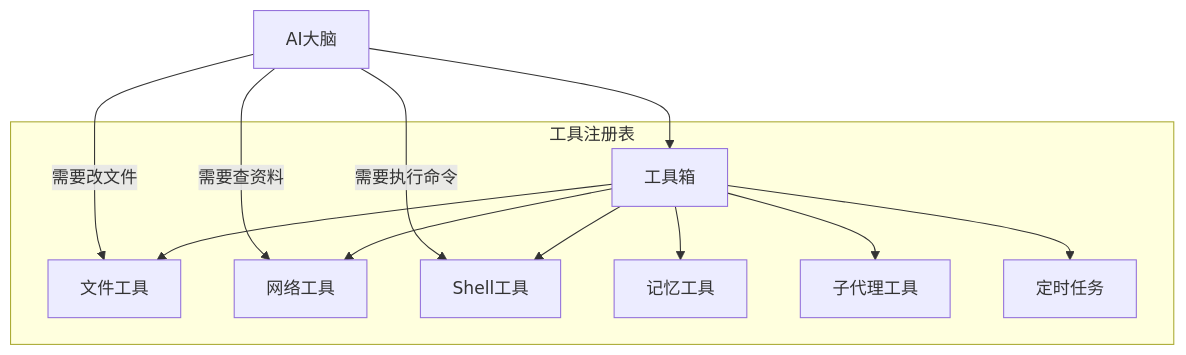
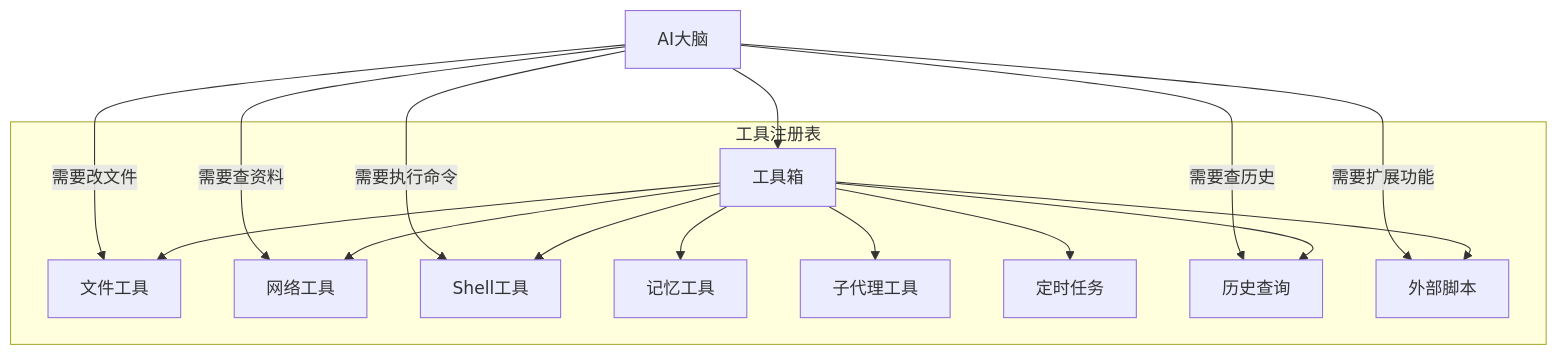
Diagram 11 of 16 in docs/tools.md (yeheng/nanobot-rs), drawn with Mermaid before and after one commit. The commit also changed other lines of this file and 35 other files, not shown here.

````diff
--- a/docs/tools.md
+++ b/docs/tools.md
@@ -320,18 +330,22 @@
 ```mermaid
 flowchart TB
     subgraph 工具注册表
         R[工具箱]
         R --> T1[文件工具]
         R --> T2[网络工具]
         R --> T3[Shell工具]
         R --> T4[记忆工具]
         R --> T5[子代理工具]
         R --> T6[定时任务]
+        R --> T7[历史查询]
+        R --> T8[外部脚本]
     end
     
     AI[AI大脑] --> R
     
     AI -->|需要查资料| T2
     AI -->|需要改文件| T1
     AI -->|需要执行命令| T3
+    AI -->|需要查历史| T7
+    AI -->|需要扩展功能| T8
 ```
````
